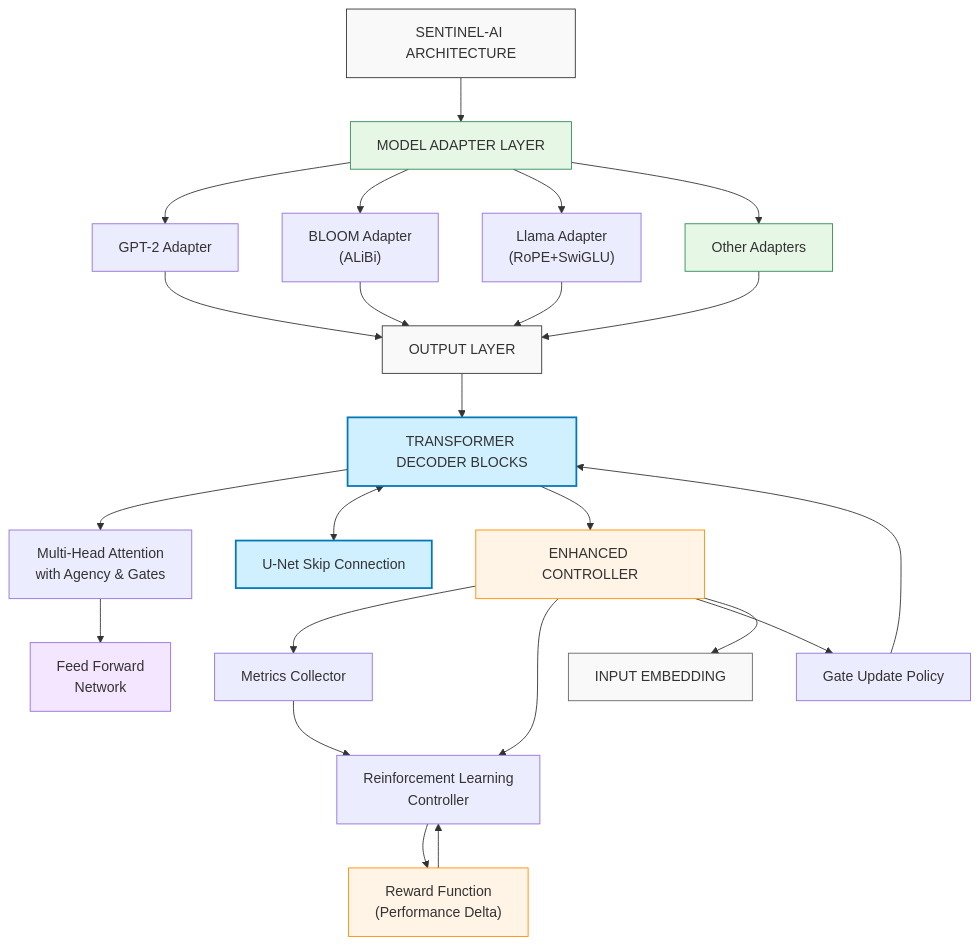
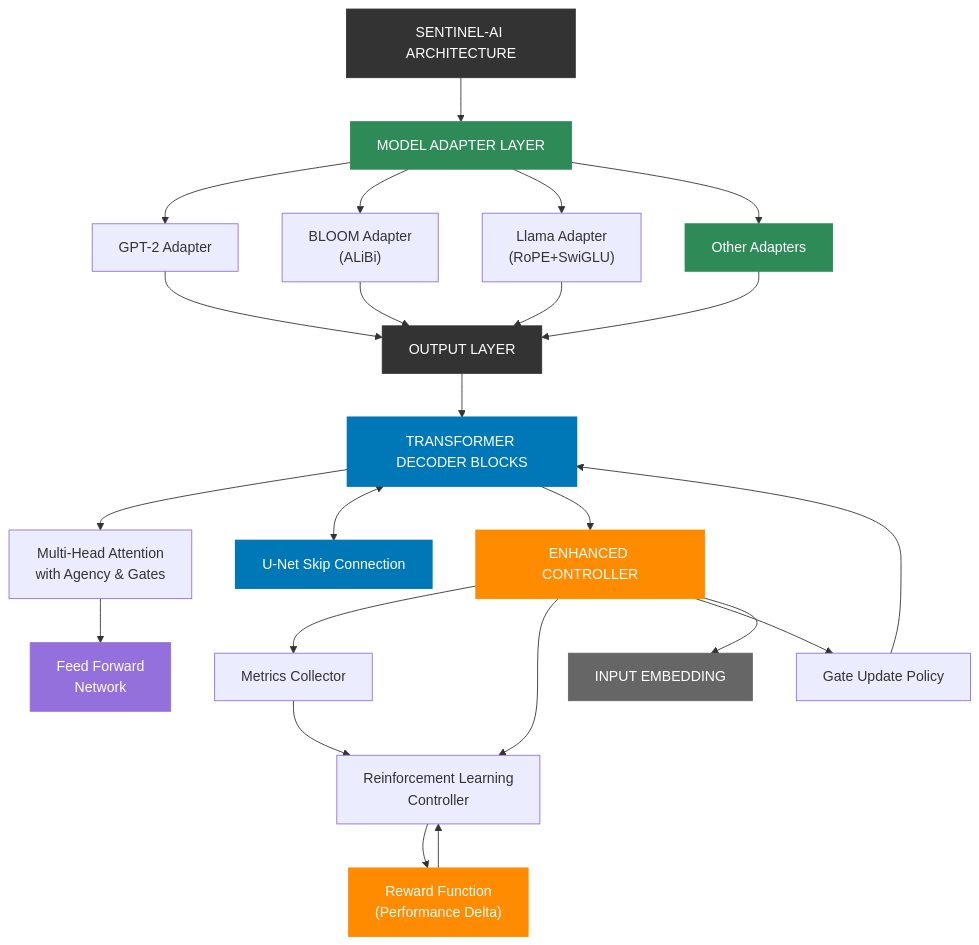
One commit to CambrianTech/sentinel-ai changed the first of 6 diagrams in README.md. Above: the diagram before and after it, drawn with Mermaid. The commit also changed other lines of this file, not shown here.

First line of the commit message:
Improve diagram color contrast in README

````diff
--- a/README.md
+++ b/README.md
@@ -14,78 +14,78 @@
 ```mermaid
 flowchart TD
-    classDef standard fill:#f9f9f9,stroke:#333,stroke-width:1px
-    classDef highlight fill:#d1f0ff,stroke:#0078b8,stroke-width:2px
-    classDef adapter fill:#e6f7e6,stroke:#2e8b57,stroke-width:1px
-    classDef controller fill:#fff4e6,stroke:#ff8c00,stroke-width:1px
-    classDef attention fill:#f5e6ff,stroke:#9370db,stroke-width:1px
-    classDef embedding fill:#f9f9f9,stroke:#666,stroke-width:1px
+    classDef standard fill:#333,stroke:#333,stroke-width:1px,color:#fff
+    classDef highlight fill:#0078b8,stroke:#0078b8,stroke-width:2px,color:#fff
+    classDef adapter fill:#2e8b57,stroke:#2e8b57,stroke-width:1px,color:#fff
+    classDef controller fill:#ff8c00,stroke:#ff8c00,stroke-width:1px,color:#fff
+    classDef attention fill:#9370db,stroke:#9370db,stroke-width:1px,color:#fff
+    classDef embedding fill:#666,stroke:#666,stroke-width:1px,color:#fff
     
     %% Main Architecture Components
     title["SENTINEL-AI ARCHITECTURE"]
     adapterLayer["MODEL ADAPTER LAYER"]
     output["OUTPUT LAYER"]
     transformerBlocks["TRANSFORMER DECODER BLOCKS"]
     controller["ENHANCED CONTROLLER"]
     input["INPUT EMBEDDING"]
     
     %% Adapter Components
     gpt["GPT-2 Adapter"]
     bloom["BLOOM Adapter<br/>(ALiBi)"]
     llama["Llama Adapter<br/>(RoPE+SwiGLU)"]
     others["Other Adapters"]
     
     %% Transformer Block Components
     attention["Multi-Head Attention<br/>with Agency & Gates"]
     ffn["Feed Forward<br/>Network"]
     unet["U-Net Skip Connection"]
     
     %% Controller Components
     metrics["Metrics Collector"]
     rl["Reinforcement Learning<br/>Controller"]
     policy["Gate Update Policy"]
     reward["Reward Function<br/>(Performance Delta)"]
     
     %% Connections
     title --> adapterLayer
     
     adapterLayer --> gpt
     adapterLayer --> bloom
     adapterLayer --> llama
     adapterLayer --> others
     
     gpt & bloom & llama & others --> output
     
     output --> transformerBlocks
     
     transformerBlocks --> attention
     attention --> ffn
     
     transformerBlocks <--> unet
     
     transformerBlocks --> controller
     
     controller --> metrics
     controller --> rl
     controller --> policy
     metrics --> rl
     rl --> reward
     reward --> rl
     policy --> transformerBlocks
     
     controller --> input
     
     %% Styling
     title:::standard
     adapterLayer:::adapter
     output:::standard
     transformerBlocks:::highlight
     controller:::controller
     input:::embedding
     
     gpt & bloom & llama & others:::adapter
     
     attention & ffn:::attention
     unet:::highlight
     
     metrics & rl & policy & reward:::controller
 ```
````
